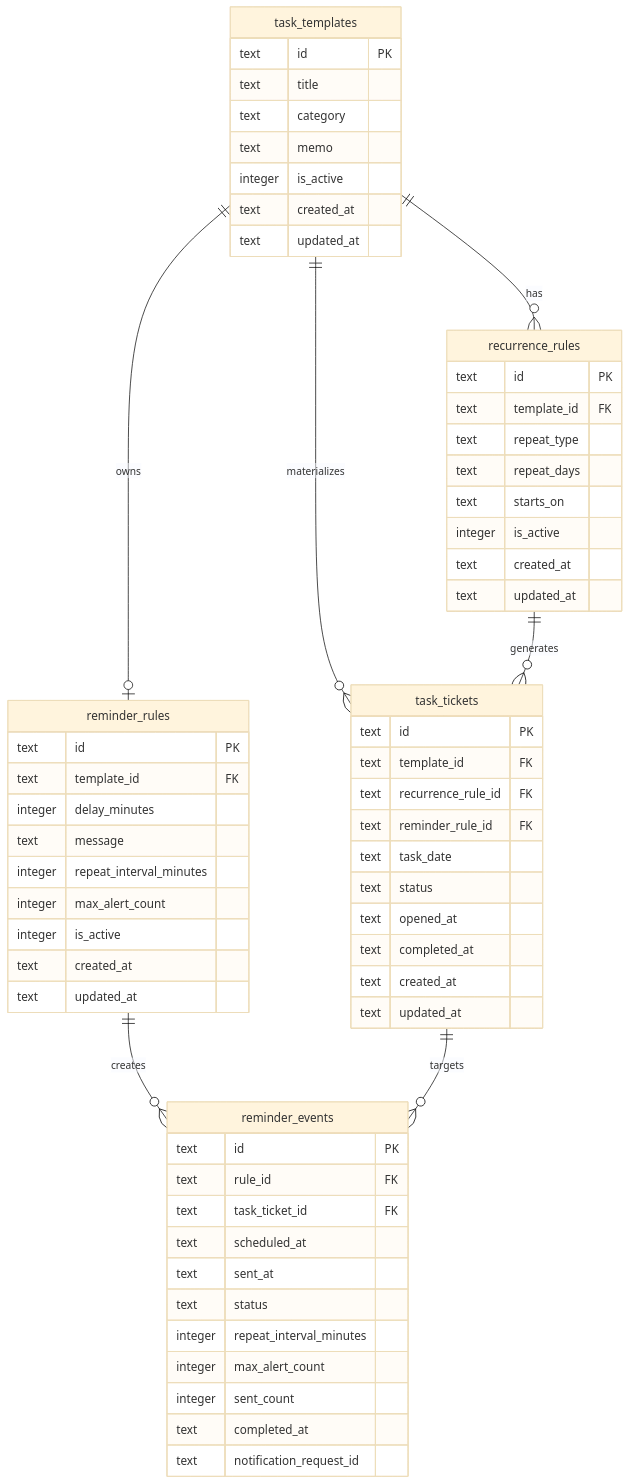
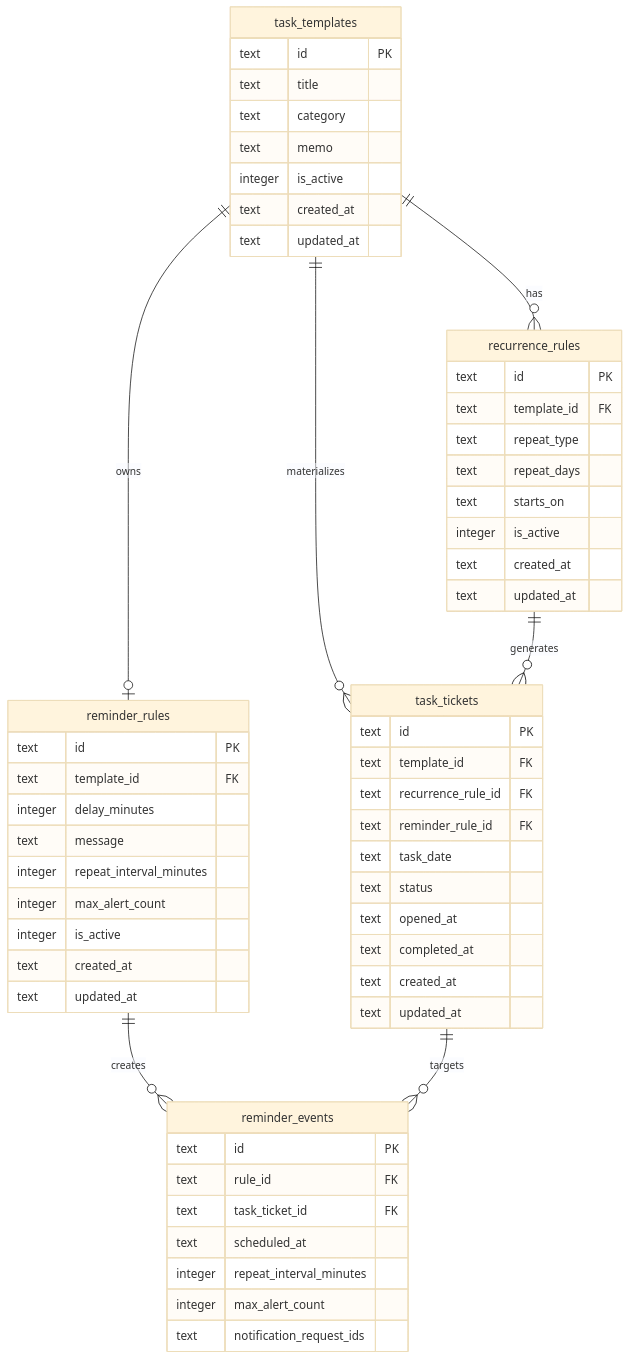
Before and after one commit to kimst5418/daily-routine: the diagram in docs/ERD.md, drawn with Mermaid (base theme). The commit also changed other lines of this file and 8 other files, not shown here.

````diff
--- a/docs/ERD.md
+++ b/docs/ERD.md
@@ -5,69 +5,65 @@
 ```mermaid
 erDiagram
     task_templates {
         text id PK
         text title
         text category
         text memo
         integer is_active
         text created_at
         text updated_at
     }
 
     recurrence_rules {
         text id PK
         text template_id FK
         text repeat_type
         text repeat_days
         text starts_on
         integer is_active
         text created_at
         text updated_at
     }
 
     task_tickets {
         text id PK
         text template_id FK
         text recurrence_rule_id FK
         text reminder_rule_id FK
         text task_date
         text status
         text opened_at
         text completed_at
         text created_at
         text updated_at
     }
 
     reminder_rules {
         text id PK
         text template_id FK
         integer delay_minutes
         text message
         integer repeat_interval_minutes
         integer max_alert_count
         integer is_active
         text created_at
         text updated_at
     }
 
     reminder_events {
         text id PK
         text rule_id FK
         text task_ticket_id FK
         text scheduled_at
-        text sent_at
-        text status
         integer repeat_interval_minutes
         integer max_alert_count
-        integer sent_count
-        text completed_at
-        text notification_request_id
+        text notification_request_ids
     }
 
     task_templates ||--o{ recurrence_rules : "has"
     task_templates ||--o{ task_tickets : "materializes"
     recurrence_rules ||--o{ task_tickets : "generates"
     task_templates ||--o| reminder_rules : "owns"
     reminder_rules ||--o{ reminder_events : "creates"
     task_tickets ||--o{ reminder_events : "targets"
 ```
````
